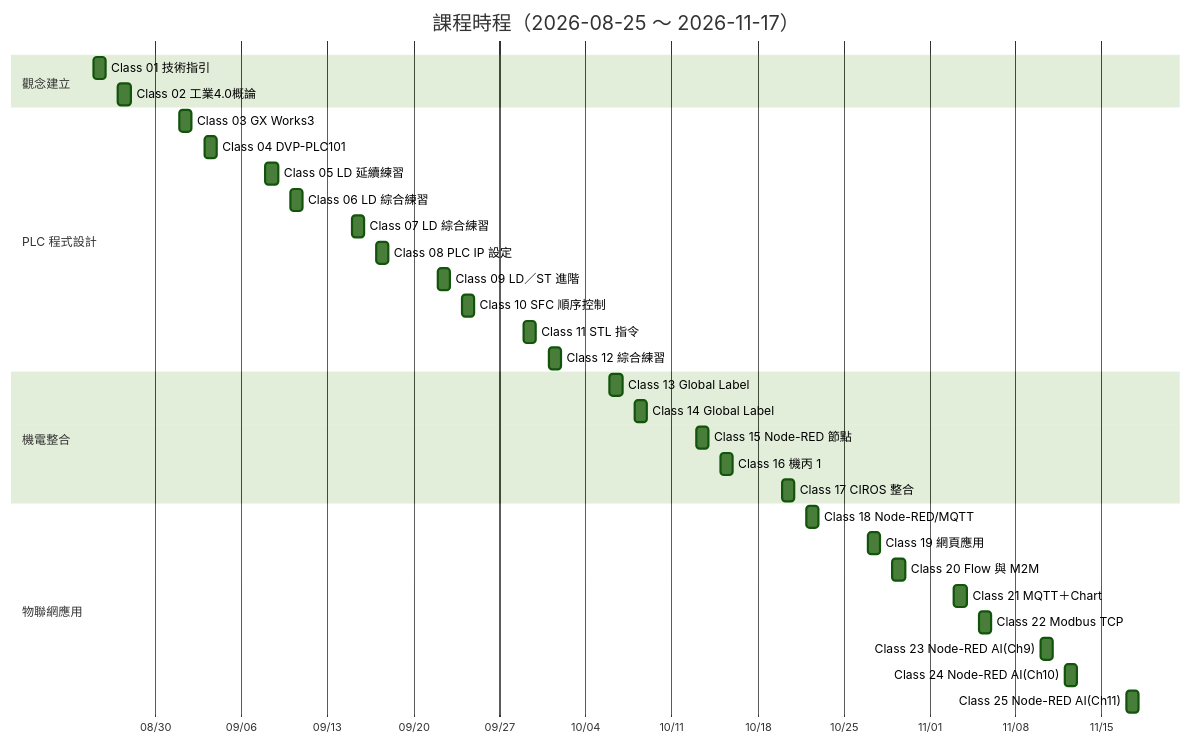
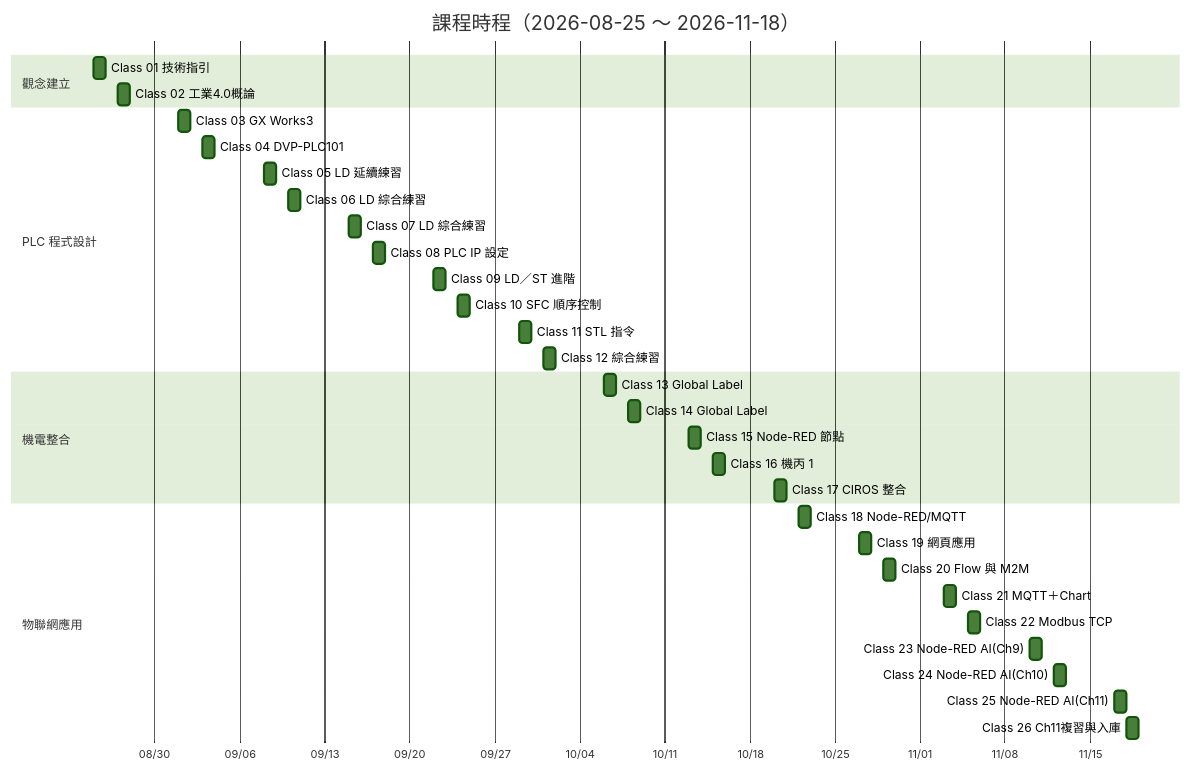
The second of 3 diagrams in docs/COURSE-MAP.md (yd7148/INDUSTRY-4.0), drawn with Mermaid (forest theme) before and after one commit. The commit also changed other lines of this file and 4 other files, not shown here.

Commit message:
Sync docs for Class-26 (26 classes, 27 videos, timeline and SVG)

````diff
--- a/docs/COURSE-MAP.md
+++ b/docs/COURSE-MAP.md
@@ -70,35 +73,36 @@
 ```mermaid
 gantt
-    title 課程時程（2026-08-25 ～ 2026-11-17）
+    title 課程時程（2026-08-25 ～ 2026-11-18）
     dateFormat YYYY-MM-DD
     axisFormat %m/%d
     section 觀念建立
     Class 01 技術指引        :c01, 2026-08-25, 1d
     Class 02 工業4.0概論      :c02, 2026-08-27, 1d
     section PLC 程式設計
     Class 03 GX Works3       :c03, 2026-09-01, 1d
     Class 04 DVP-PLC101      :c04, 2026-09-03, 1d
     Class 05 LD 延續練習      :c05, 2026-09-08, 1d
     Class 06 LD 綜合練習      :c06, 2026-09-10, 1d
     Class 07 LD 綜合練習      :c07, 2026-09-15, 1d
     Class 08 PLC IP 設定      :c08, 2026-09-17, 1d
     Class 09 LD／ST 進階      :c09, 2026-09-22, 1d
     Class 10 SFC 順序控制     :c10, 2026-09-24, 1d
     Class 11 STL 指令         :c11, 2026-09-29, 1d
     Class 12 綜合練習         :c12, 2026-10-01, 1d
     section 機電整合
     Class 13 Global Label    :c13, 2026-10-06, 1d
     Class 14 Global Label    :c14, 2026-10-08, 1d
     Class 15 Node-RED 節點    :c15, 2026-10-13, 1d
     Class 16 機丙 1           :c16, 2026-10-15, 1d
     Class 17 CIROS 整合       :c17, 2026-10-20, 1d
     section 物聯網應用
     Class 18 Node-RED/MQTT   :c18, 2026-10-22, 1d
     Class 19 網頁應用         :c19, 2026-10-27, 1d
     Class 20 Flow 與 M2M      :c20, 2026-10-29, 1d
     Class 21 MQTT＋Chart     :c21, 2026-11-03, 1d
     Class 22 Modbus TCP      :c22, 2026-11-05, 1d
     Class 23 Node-RED AI(Ch9) :c23, 2026-11-10, 1d
     Class 24 Node-RED AI(Ch10):c24, 2026-11-12, 1d
     Class 25 Node-RED AI(Ch11):c25, 2026-11-17, 1d
+    Class 26 Ch11複習與入庫  :c26, 2026-11-18, 1d
 ```
````
